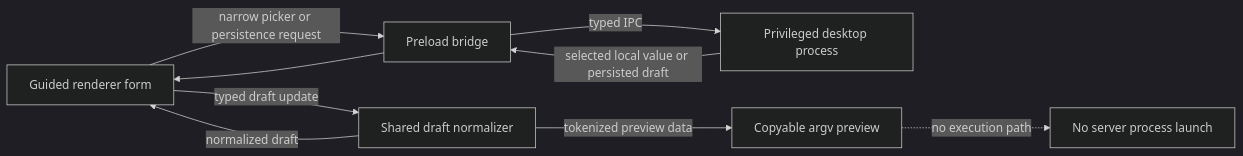
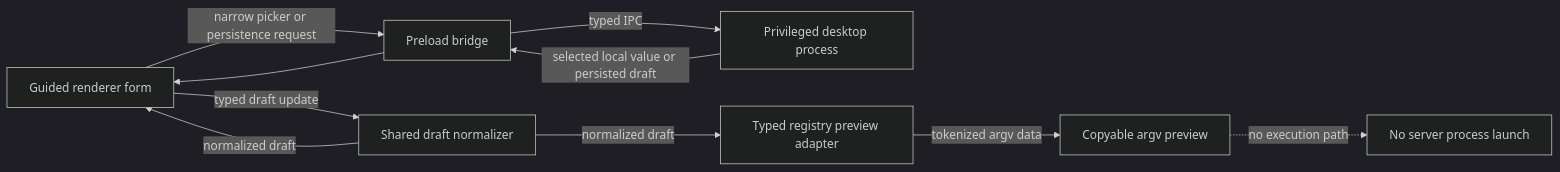
The diagram in docs/architecture/desktop-foundation.md (Ding-Ding-Projects/minecraft-server-command-center), drawn with Mermaid (dark theme) before and after one commit. The commit also changed 7 other files, not shown here.

````diff
--- a/docs/architecture/desktop-foundation.md
+++ b/docs/architecture/desktop-foundation.md
@@ -27,11 +27,12 @@
 ```mermaid
 flowchart LR
   UI[Guided renderer form] -->|typed draft update| D[Shared draft normalizer]
   D -->|normalized draft| UI
   UI -->|narrow picker or persistence request| P[Preload bridge]
   P -->|typed IPC| M[Privileged desktop process]
   M -->|selected local value or persisted draft| P
   P --> UI
-  D -->|tokenized preview data| A[Copyable argv preview]
-  A -. no execution path .-> X[No server process launch]
+  D -->|normalized draft| A[Typed registry preview adapter]
+  A -->|tokenized argv data| V[Copyable argv preview]
+  V -. no execution path .-> X[No server process launch]
 ```
````
